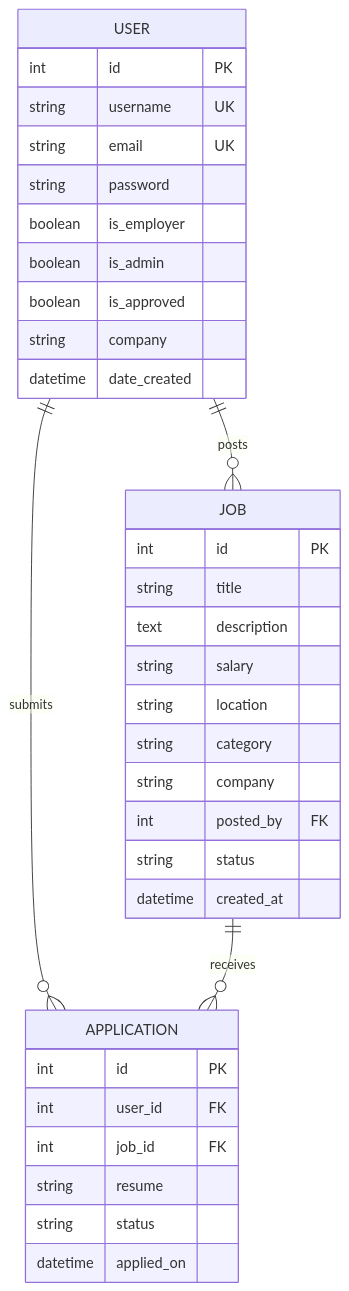
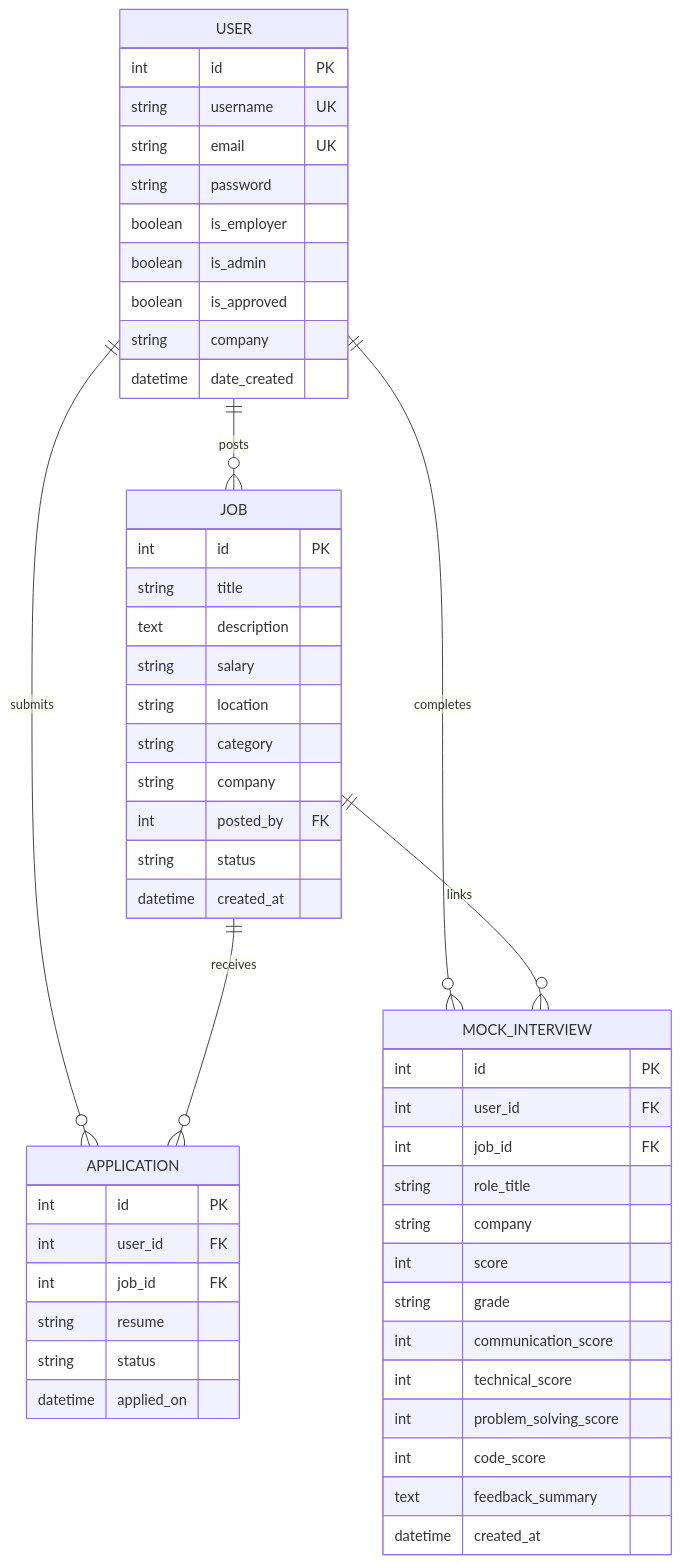
Before and after one commit to Yashbanda18052003/job-portal: the diagram in README.md, drawn with Mermaid. The commit also changed other lines of this file and 5 other files, not shown here.

````diff
--- a/README.md
+++ b/README.md
@@ -242,40 +301,58 @@
 ```mermaid
 erDiagram
     USER ||--o{ JOB : posts
     USER ||--o{ APPLICATION : submits
+    USER ||--o{ MOCK_INTERVIEW : completes
     JOB ||--o{ APPLICATION : receives
+    JOB ||--o{ MOCK_INTERVIEW : links
 
     USER {
         int id PK
         string username UK
         string email UK
         string password
         boolean is_employer
         boolean is_admin
         boolean is_approved
         string company
         datetime date_created
     }
 
     JOB {
         int id PK
         string title
         text description
         string salary
         string location
         string category
         string company
         int posted_by FK
         string status
         datetime created_at
     }
 
     APPLICATION {
         int id PK
         int user_id FK
         int job_id FK
         string resume
         string status
         datetime applied_on
     }
+
+    MOCK_INTERVIEW {
+        int id PK
+        int user_id FK
+        int job_id FK
+        string role_title
+        string company
+        int score
+        string grade
+        int communication_score
+        int technical_score
+        int problem_solving_score
+        int code_score
+        text feedback_summary
+        datetime created_at
+    }
 ```
````
